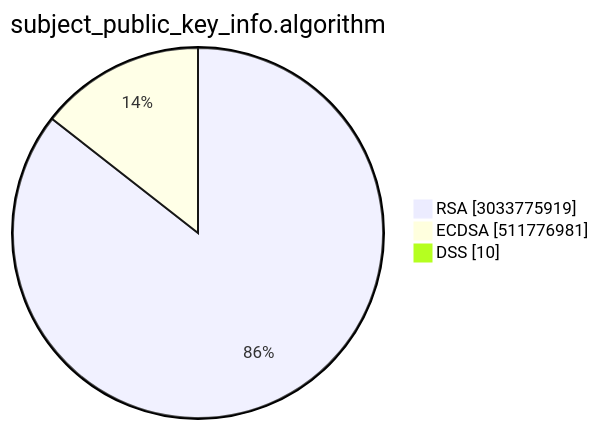
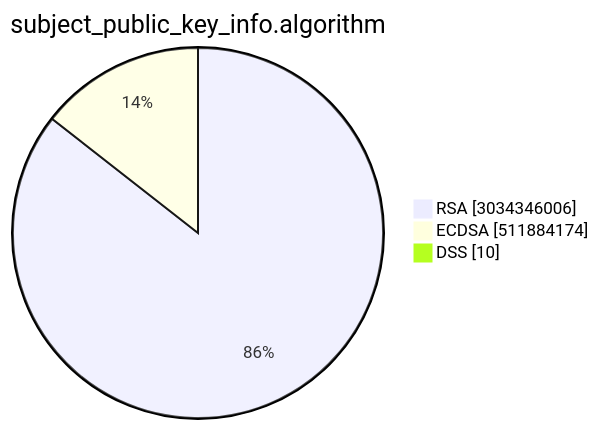
The second of 15 diagrams in TOTAL/README.md (christiankrug/ctmonitor_visualization), drawn with Mermaid before and after one commit. The commit also changed other lines of this file, not shown here.

````diff
--- a/TOTAL/README.md
+++ b/TOTAL/README.md
@@ -6,7 +6,7 @@
 ```mermaid
 pie showData
 title subject_public_key_info.algorithm
-"RSA" :3033775919
-"ECDSA" :511776981
+"RSA" :3034346006
+"ECDSA" :511884174
 "DSS" :10
 ```
````
